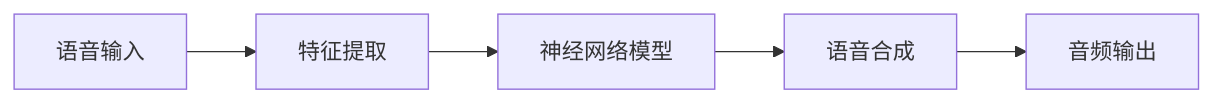
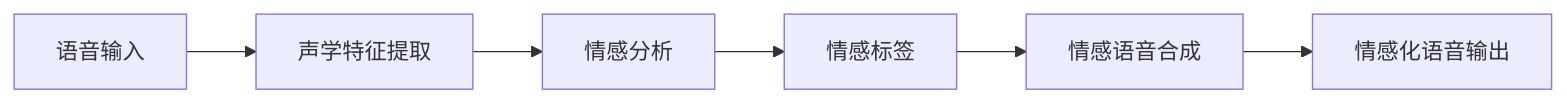
The fourth of 8 diagrams in reports/2026/01/2026-01-25.md (wayyoungboy/github-trending-reporter), drawn with Mermaid before and after one commit. The commit also changed other lines of this file and 1 other file, not shown here.

````diff
--- a/reports/2026/01/2026-01-25.md
+++ b/reports/2026/01/2026-01-25.md
@@ -213,7 +213,8 @@
 ```mermaid
 graph LR
-    A[语音输入] --> B[特征提取]
-    B --> C[神经网络模型]
-    C --> D[语音合成]
-    D --> E[音频输出]
+    A[语音输入] --> B[声学特征提取]
+    B --> C[情感分析]
+    C --> D[情感标签]
+    D --> E[情感语音合成]
+    E --> F[情感化语音输出]
 ```
````
